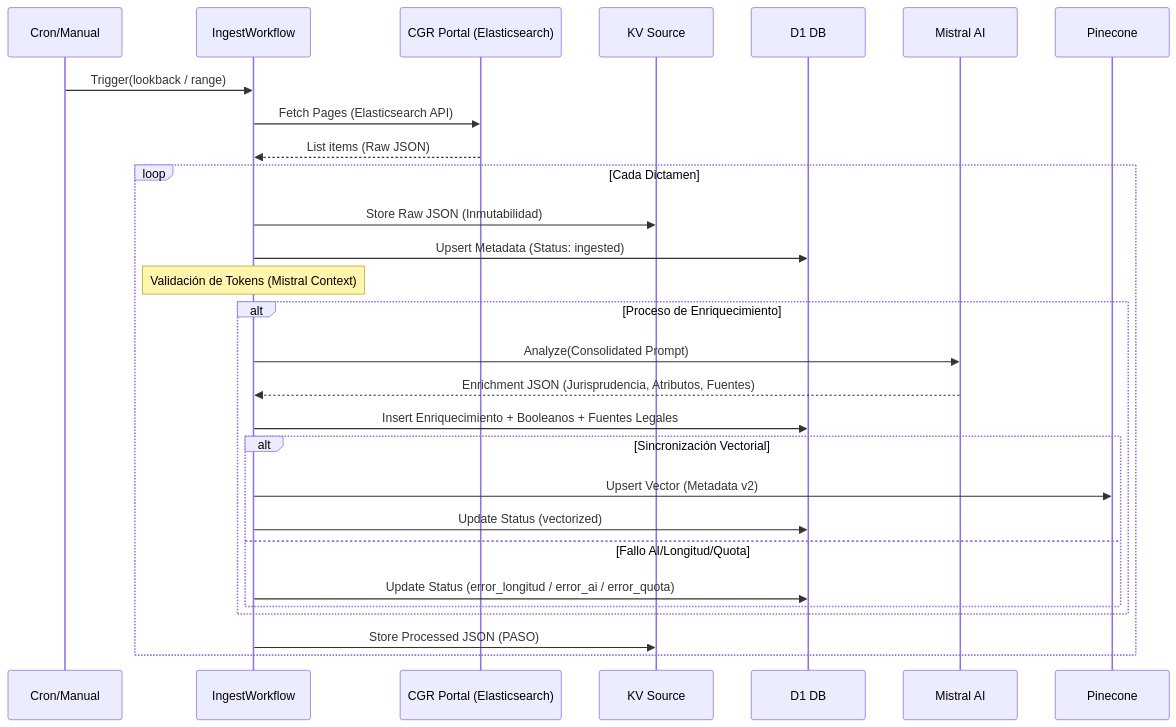
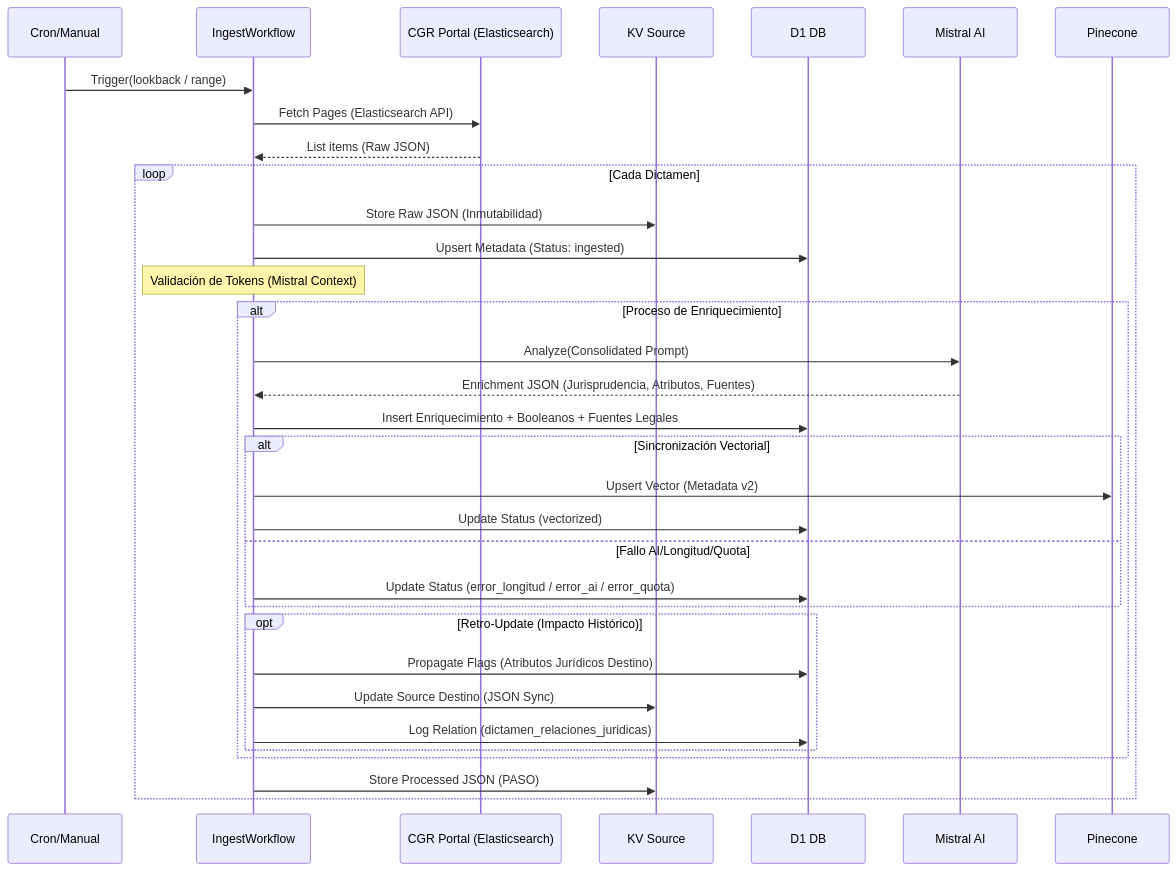
Before and after one commit to fermaf/cgr: the second of 2 diagrams in docs/explicacion/01_arquitectura_c4_y_flujos.md, drawn with Mermaid. The commit also changed other lines of this file and 18 other files, not shown here.

Commit message:
feat: implement legal relations architecture, full-stack retro-update sync and comprehensive documentation in Spanish (v2.1)

````diff
--- a/docs/explicacion/01_arquitectura_c4_y_flujos.md
+++ b/docs/explicacion/01_arquitectura_c4_y_flujos.md
@@ -58,34 +58,40 @@
 ```mermaid
 sequenceDiagram
     participant C as Cron/Manual
     participant W as IngestWorkflow
     participant R as CGR Portal (Elasticsearch)
     participant KV as KV Source
     participant D as D1 DB
     participant M as Mistral AI
     participant P as Pinecone
 
     C->>W: Trigger(lookback / range)
     W->>R: Fetch Pages (Elasticsearch API)
     R-->>W: List items (Raw JSON)
     loop Cada Dictamen
         W->>KV: Store Raw JSON (Inmutabilidad)
         W->>D: Upsert Metadata (Status: ingested)
         
         Note over W: Validación de Tokens (Mistral Context)
         
         alt Proceso de Enriquecimiento
             W->>M: Analyze(Consolidated Prompt)
             M-->>W: Enrichment JSON (Jurisprudencia, Atributos, Fuentes)
             W->>D: Insert Enriquecimiento + Booleanos + Fuentes Legales
             
             alt Sincronización Vectorial
                 W->>P: Upsert Vector (Metadata v2)
                 W->>D: Update Status (vectorized)
             else Fallo AI/Longitud/Quota
                 W->>D: Update Status (error_longitud / error_ai / error_quota)
             end
+
+            opt Retro-Update (Impacto Histórico)
+                W->>D: Propagate Flags (Atributos Jurídicos Destino)
+                W->>KV: Update Source Destino (JSON Sync)
+                W->>D: Log Relation (dictamen_relaciones_juridicas)
+            end
         end
         W->>KV: Store Processed JSON (PASO)
     end
 ```
````
